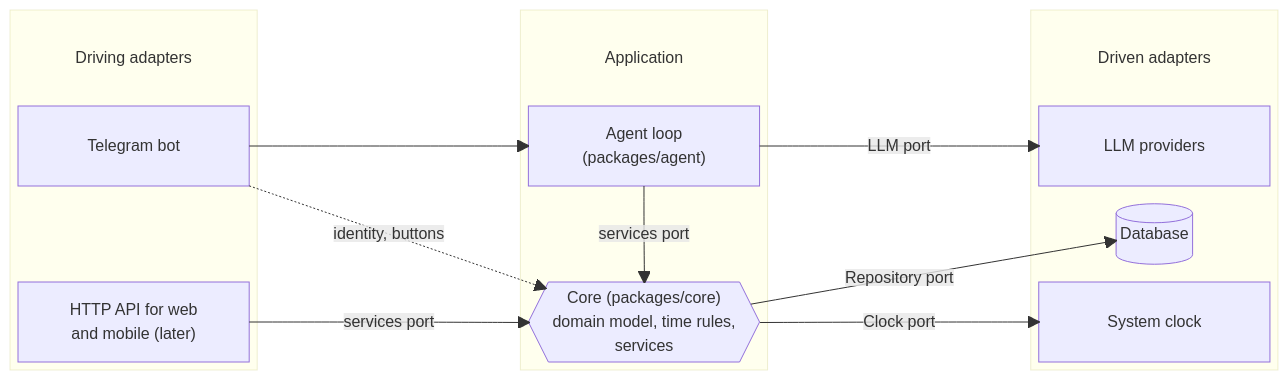
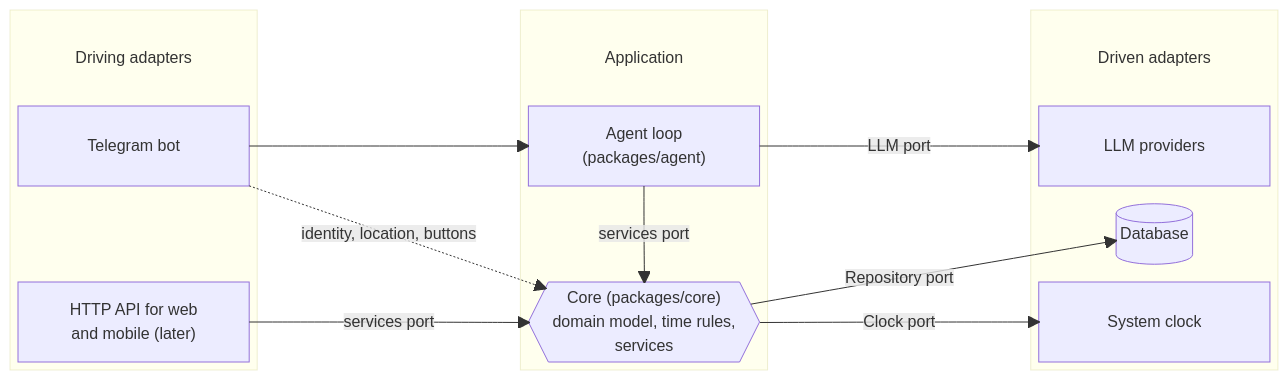
The first of 2 diagrams in ARCHITECTURE.md (guidugaich/ai-travel-agent), drawn with Mermaid before and after one commit. The commit also changed other lines of this file and 2 other files, not shown here.

````diff
--- a/ARCHITECTURE.md
+++ b/ARCHITECTURE.md
@@ -20,37 +20,37 @@
 ```mermaid
 block-beta
   columns 5
   block:driving
     columns 1
     dt["Driving adapters"]
     tg["Telegram bot"]
     space
     api["HTTP API for web<br>and mobile (later)"]
   end
   space
   block:app
     columns 1
     at["Application"]
     agent["Agent loop<br>(packages/agent)"]
     space
     core{{"Core (packages/core)<br>domain model, time rules,<br>services"}}
   end
   space
   block:driven
     columns 1
     dvt["Driven adapters"]
     llm["LLM providers"]
     db[("Database")]
     clk["System clock"]
   end
   tg --> agent
-  tg -. "identity, buttons" .-> core
+  tg -. "identity, location, buttons" .-> core
   api -- "services port" --> core
   agent -- "services port" --> core
   agent -- "LLM port" --> llm
   core -- "Repository port" --> db
   core -- "Clock port" --> clk
   style dt fill:none,stroke:none
   style at fill:none,stroke:none
   style dvt fill:none,stroke:none
 ```
````
